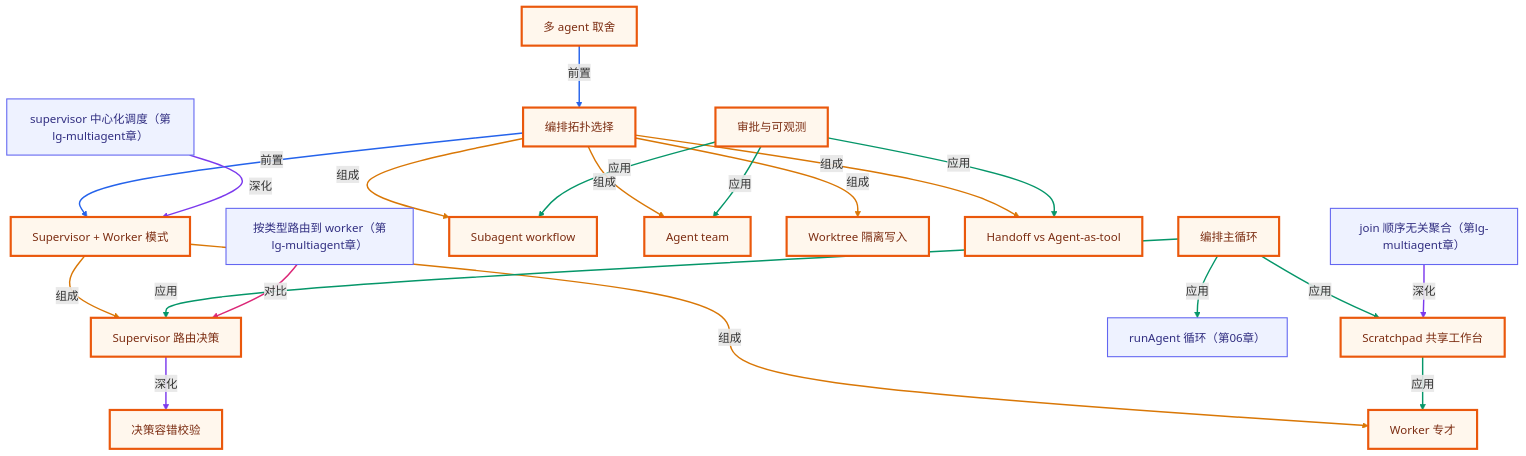
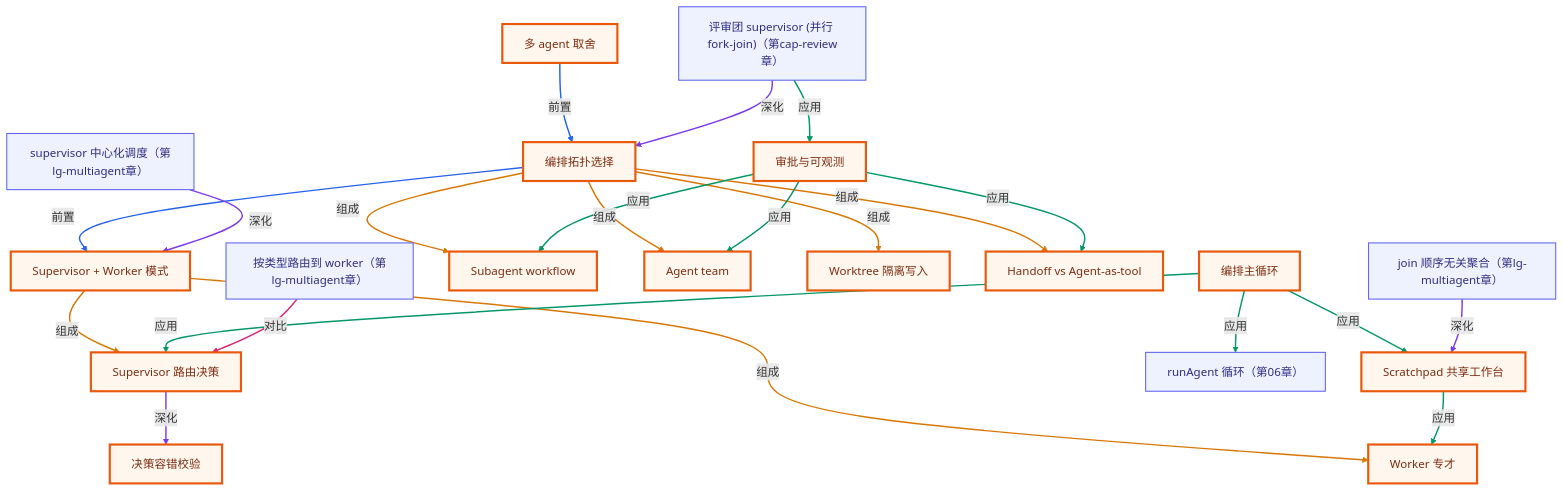
The second of 2 diagrams in lessons/11-multi-agent-orchestration/README.md (songuu/agent), drawn with Mermaid before and after one commit. The commit also changed other lines of this file and 46 other files, not shown here.

````diff
--- a/lessons/11-multi-agent-orchestration/README.md
+++ b/lessons/11-multi-agent-orchestration/README.md
@@ -401,62 +401,67 @@
 ```mermaid
 graph TB
   classDef own fill:#fff7ed,stroke:#ea580c,stroke-width:3px,color:#7c2d12;
   classDef cross fill:#eef2ff,stroke:#6366f1,stroke-width:1.5px,color:#312e81;
   n_c11_supervisor_worker["Supervisor + Worker 模式"]
   n_c11_topology_choice["编排拓扑选择"]
   n_c11_supervisor_routing["Supervisor 路由决策"]
   n_c11_worker_specialist["Worker 专才"]
   n_c11_scratchpad["Scratchpad 共享工作台"]
   n_c11_orchestration_loop["编排主循环"]
   n_c11_cost_tradeoff["多 agent 取舍"]
   n_c11_decision_validation["决策容错校验"]
   n_c11_subagent_workflow["Subagent workflow"]
   n_c11_agent_team["Agent team"]
   n_c11_worktree_isolation["Worktree 隔离写入"]
   n_c11_handoff_agent_tool["Handoff vs Agent-as-tool"]
   n_c11_approval_observability["审批与可观测"]
   n_c06_run_agent_loop["runAgent 循环（第06章）"]
+  n_crev_crew["评审团 supervisor (并行 fork-join)（第cap-review章）"]
   n_lgma_supervisor["supervisor 中心化调度（第lg-multiagent章）"]
   n_lgma_worker_routing["按类型路由到 worker（第lg-multiagent章）"]
   n_lgma_order_independent_join["join 顺序无关聚合（第lg-multiagent章）"]
   n_c11_supervisor_worker -->|组成| n_c11_supervisor_routing
   n_c11_supervisor_worker -->|组成| n_c11_worker_specialist
   n_c11_topology_choice -->|前置| n_c11_supervisor_worker
   n_c11_topology_choice -->|组成| n_c11_subagent_workflow
   n_c11_topology_choice -->|组成| n_c11_agent_team
   n_c11_topology_choice -->|组成| n_c11_worktree_isolation
   n_c11_topology_choice -->|组成| n_c11_handoff_agent_tool
   n_c11_supervisor_routing -->|深化| n_c11_decision_validation
   n_c11_orchestration_loop -->|应用| n_c11_supervisor_routing
   n_c11_orchestration_loop -->|应用| n_c11_scratchpad
   n_c11_scratchpad -->|应用| n_c11_worker_specialist
   n_c11_cost_tradeoff -->|前置| n_c11_topology_choice
   n_c11_approval_observability -->|应用| n_c11_subagent_workflow
   n_c11_approval_observability -->|应用| n_c11_agent_team
   n_c11_approval_observability -->|应用| n_c11_handoff_agent_tool
   n_c11_orchestration_loop -->|应用| n_c06_run_agent_loop
+  n_crev_crew -->|深化| n_c11_topology_choice
+  n_crev_crew -->|应用| n_c11_approval_observability
   n_lgma_supervisor -->|深化| n_c11_supervisor_worker
   n_lgma_worker_routing -->|对比| n_c11_supervisor_routing
   n_lgma_order_independent_join -->|深化| n_c11_scratchpad
   class n_c11_supervisor_worker,n_c11_topology_choice,n_c11_supervisor_routing,n_c11_worker_specialist,n_c11_scratchpad,n_c11_orchestration_loop,n_c11_cost_tradeoff,n_c11_decision_validation,n_c11_subagent_workflow,n_c11_agent_team,n_c11_worktree_isolation,n_c11_handoff_agent_tool,n_c11_approval_observability own;
-  class n_c06_run_agent_loop,n_lgma_supervisor,n_lgma_worker_routing,n_lgma_order_independent_join cross;
+  class n_c06_run_agent_loop,n_crev_crew,n_lgma_supervisor,n_lgma_worker_routing,n_lgma_order_independent_join cross;
   linkStyle 0 stroke:#d97706,stroke-width:2px;
   linkStyle 1 stroke:#d97706,stroke-width:2px;
   linkStyle 2 stroke:#2563eb,stroke-width:2px;
   linkStyle 3 stroke:#d97706,stroke-width:2px;
   linkStyle 4 stroke:#d97706,stroke-width:2px;
   linkStyle 5 stroke:#d97706,stroke-width:2px;
   linkStyle 6 stroke:#d97706,stroke-width:2px;
   linkStyle 7 stroke:#7c3aed,stroke-width:2px;
   linkStyle 8 stroke:#059669,stroke-width:2px;
   linkStyle 9 stroke:#059669,stroke-width:2px;
   linkStyle 10 stroke:#059669,stroke-width:2px;
   linkStyle 11 stroke:#2563eb,stroke-width:2px;
   linkStyle 12 stroke:#059669,stroke-width:2px;
   linkStyle 13 stroke:#059669,stroke-width:2px;
   linkStyle 14 stroke:#059669,stroke-width:2px;
   linkStyle 15 stroke:#059669,stroke-width:2px;
   linkStyle 16 stroke:#7c3aed,stroke-width:2px;
-  linkStyle 17 stroke:#db2777,stroke-width:2px;
+  linkStyle 17 stroke:#059669,stroke-width:2px;
   linkStyle 18 stroke:#7c3aed,stroke-width:2px;
+  linkStyle 19 stroke:#db2777,stroke-width:2px;
+  linkStyle 20 stroke:#7c3aed,stroke-width:2px;
 ```
````
